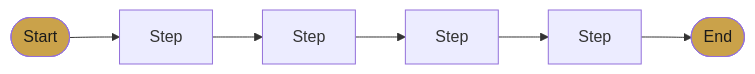
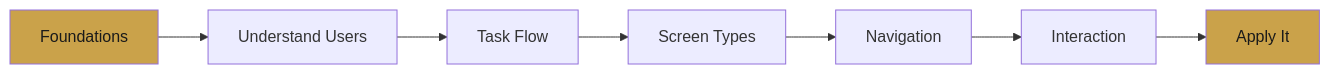
Before and after one commit to NikanEidi/UIX-by-Nik: the diagram in README.md, drawn with Mermaid. The commit also changed other lines of this file, not shown here.

````diff
--- a/README.md
+++ b/README.md
@@ -54,6 +19,11 @@
 ```mermaid
 flowchart LR
-    S([Start]) --> A[Step] --> B[Step] --> C[Step] --> D[Step] --> E([End])
-    style S fill:#caa24a,color:#1a1a1a
-    style E fill:#caa24a,color:#1a1a1a
+    A[Foundations] --> B[Understand Users]
+    B --> C[Task Flow]
+    C --> D[Screen Types]
+    D --> E[Navigation]
+    E --> F[Interaction]
+    F --> G[Apply It]
+    style A fill:#caa24a,color:#1a1a1a
+    style G fill:#caa24a,color:#1a1a1a
 ```
````
